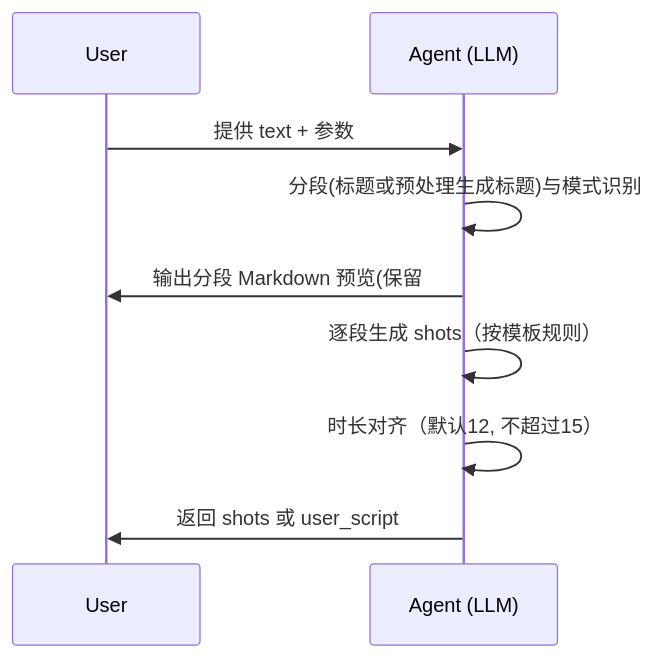
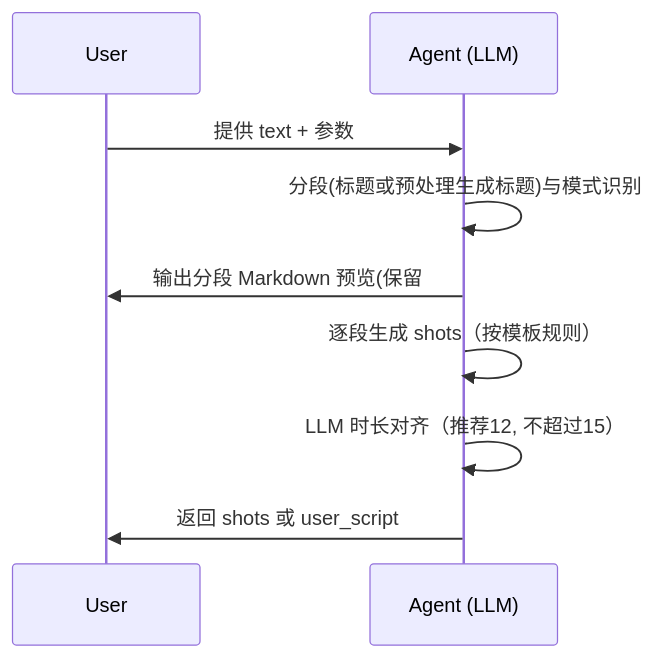
The second of 2 diagrams in prompts/sora2_agent_config.md (leon30083/sor2-prompt-mcp), drawn with Mermaid before and after one commit. The commit also changed other lines of this file and 5 other files, not shown here.

````diff
--- a/prompts/sora2_agent_config.md
+++ b/prompts/sora2_agent_config.md
@@ -191,11 +202,11 @@
 ```mermaid
 sequenceDiagram
   participant U as User
   participant A as Agent (LLM)
   U->>A: 提供 text + 参数
   A->>A: 分段(标题或预处理生成标题)与模式识别
   A->>U: 输出分段 Markdown 预览(保留 ###)
   A->>A: 逐段生成 shots（按模板规则）
-  A->>A: 时长对齐（默认12, 不超过15）
+  A->>A: LLM 时长对齐（推荐12, 不超过15）
   A->>U: 返回 shots 或 user_script
 ```
````
